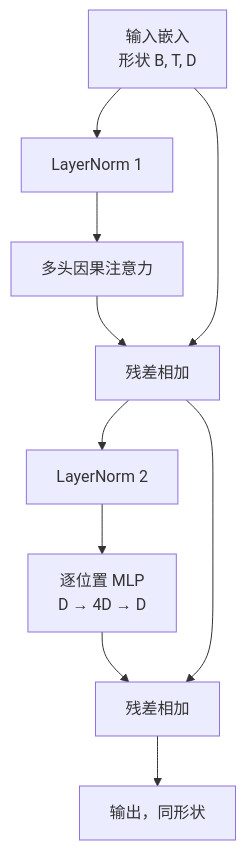
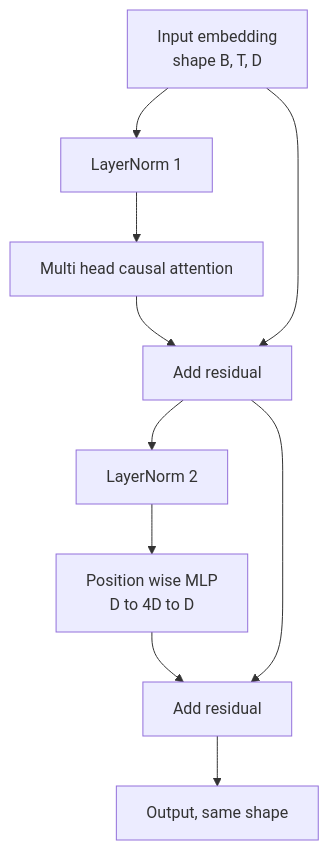
Before and after one commit to xiaojiaenen/ai-engineering-from-scratch-zh: the first of 2 diagrams in i18n/zh/phases/19-capstone-projects/34-transformer-block/docs/zh.md, drawn with Mermaid. The commit also changed other lines of this file and 85 other files, not shown here.

````diff
--- a/i18n/zh/phases/19-capstone-projects/34-transformer-block/docs/zh.md
+++ b/i18n/zh/phases/19-capstone-projects/34-transformer-block/docs/zh.md
@@ -28,12 +28,12 @@
 ```mermaid
 flowchart TB
-  X[输入嵌入<br/>形状 B, T, D] --> N1[LayerNorm 1]
-  N1 --> MHA[多头因果注意力]
-  MHA --> R1[残差相加]
+  X[Input embedding<br/>shape B, T, D] --> N1[LayerNorm 1]
+  N1 --> MHA[Multi head causal attention]
+  MHA --> R1[Add residual]
   X --> R1
   R1 --> N2[LayerNorm 2]
-  N2 --> MLP[逐位置 MLP<br/>D → 4D → D]
-  MLP --> R2[残差相加]
+  N2 --> MLP[Position wise MLP<br/>D to 4D to D]
+  MLP --> R2[Add residual]
   R1 --> R2
-  R2 --> Y[输出，同形状]
+  R2 --> Y[Output, same shape]
 ```
````
